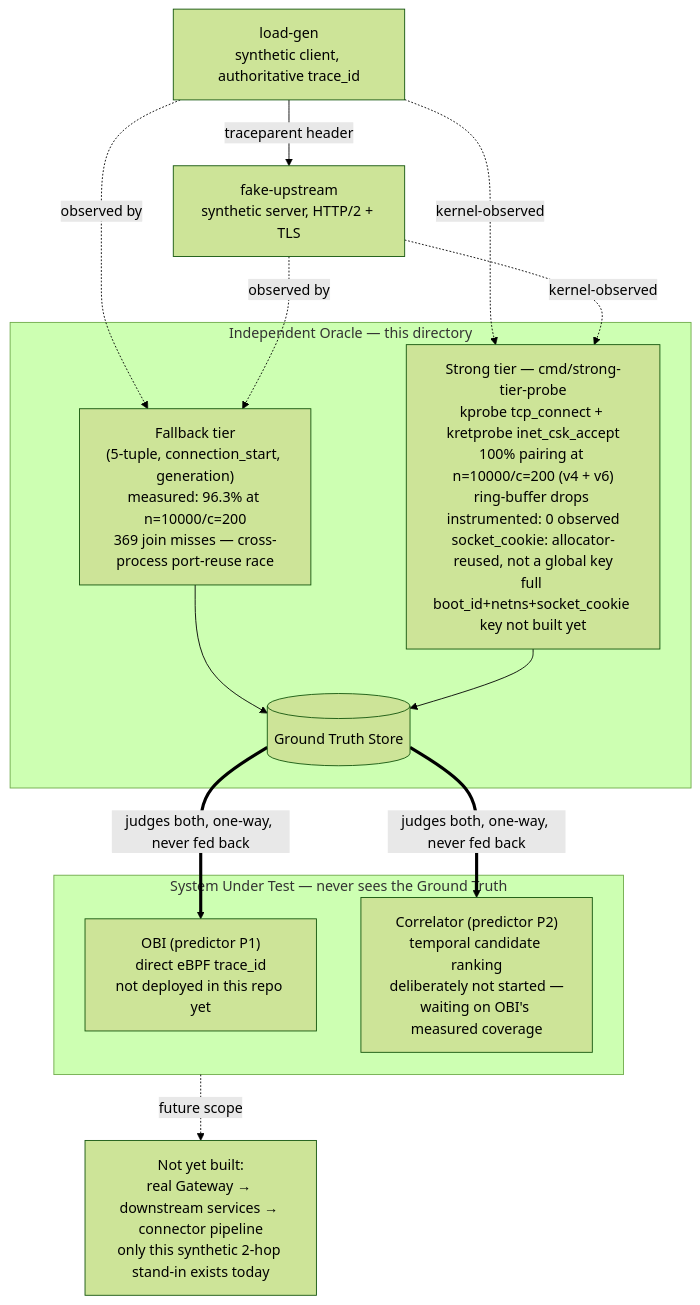
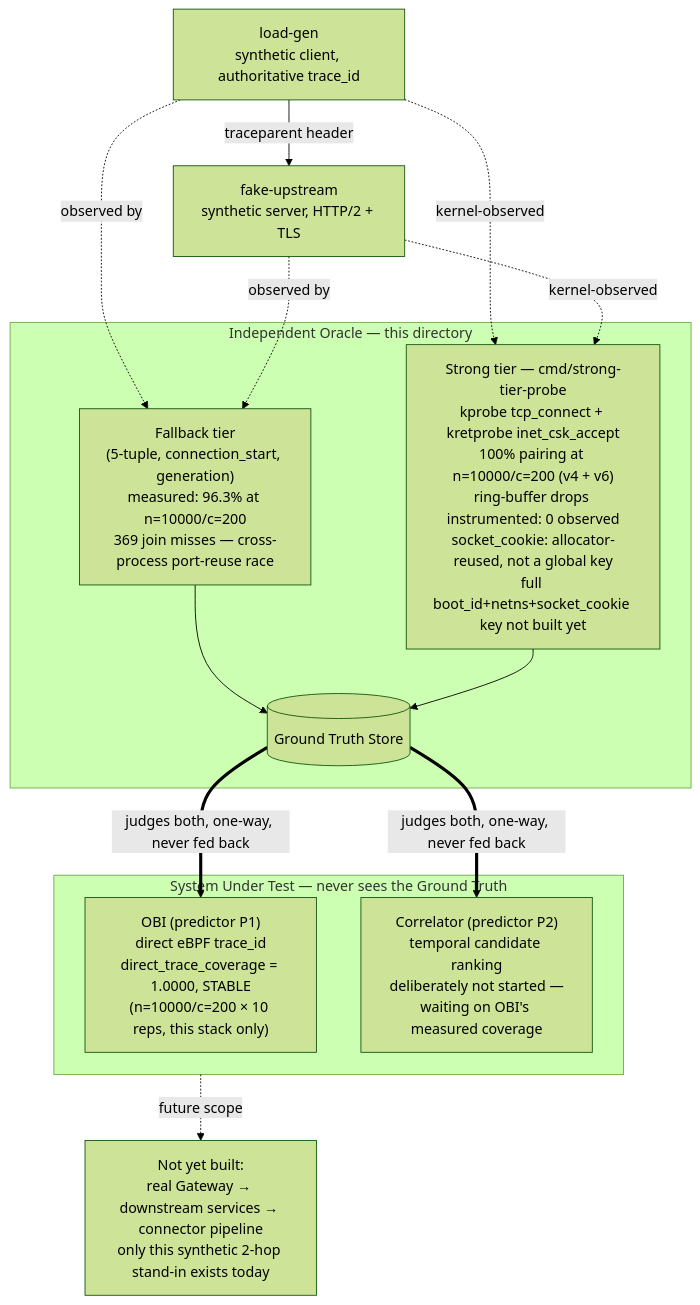
One commit to a1h8/reconcileflow changed the diagram in m0-harness/README.md. Above: the diagram before and after it, drawn with Mermaid (forest theme). The commit also changed other lines of this file, not shown here.

First line of the commit message:
Document first OBI direct_trace_coverage measurement (P1, STABLE)

````diff
--- a/m0-harness/README.md
+++ b/m0-harness/README.md
@@ -29,30 +29,30 @@
 ```mermaid
 flowchart TB
     subgraph SUT["System Under Test — never sees the Ground Truth"]
-        OBI["OBI (predictor P1)<br/>direct eBPF trace_id<br/>not deployed in this repo yet"]
+        OBI["OBI (predictor P1)<br/>direct eBPF trace_id<br/>direct_trace_coverage = 1.0000, STABLE<br/>(n=10000/c=200 × 10 reps, this stack only)"]
         CORR["Correlator (predictor P2)<br/>temporal candidate ranking<br/>deliberately not started —<br/>waiting on OBI's measured coverage"]
     end
 
     LG["load-gen<br/>synthetic client, authoritative trace_id"]
     FU["fake-upstream<br/>synthetic server, HTTP/2 + TLS"]
     LG -->|traceparent header| FU
 
     subgraph ORACLE["Independent Oracle — this directory"]
         FB["Fallback tier<br/>(5-tuple, connection_start, generation)<br/>measured: 96.3% at n=10000/c=200<br/>369 join misses — cross-process port-reuse race"]
         ST["Strong tier — cmd/strong-tier-probe<br/>kprobe tcp_connect + kretprobe inet_csk_accept<br/>100% pairing at n=10000/c=200 (v4 + v6)<br/>ring-buffer drops instrumented: 0 observed<br/>socket_cookie: allocator-reused, not a global key<br/>full boot_id+netns+socket_cookie key not built yet"]
         GT[("Ground Truth Store")]
         FB --> GT
         ST --> GT
     end
 
     LG -. observed by .-> FB
     FU -. observed by .-> FB
     LG -. kernel-observed .-> ST
     FU -. kernel-observed .-> ST
 
     GT ==judges both, one-way, never fed back==> OBI
     GT ==judges both, one-way, never fed back==> CORR
 
     NEXT["Not yet built:<br/>real Gateway → downstream services → connector pipeline<br/>only this synthetic 2-hop stand-in exists today"]
     SUT -. future scope .-> NEXT
 ```
````
